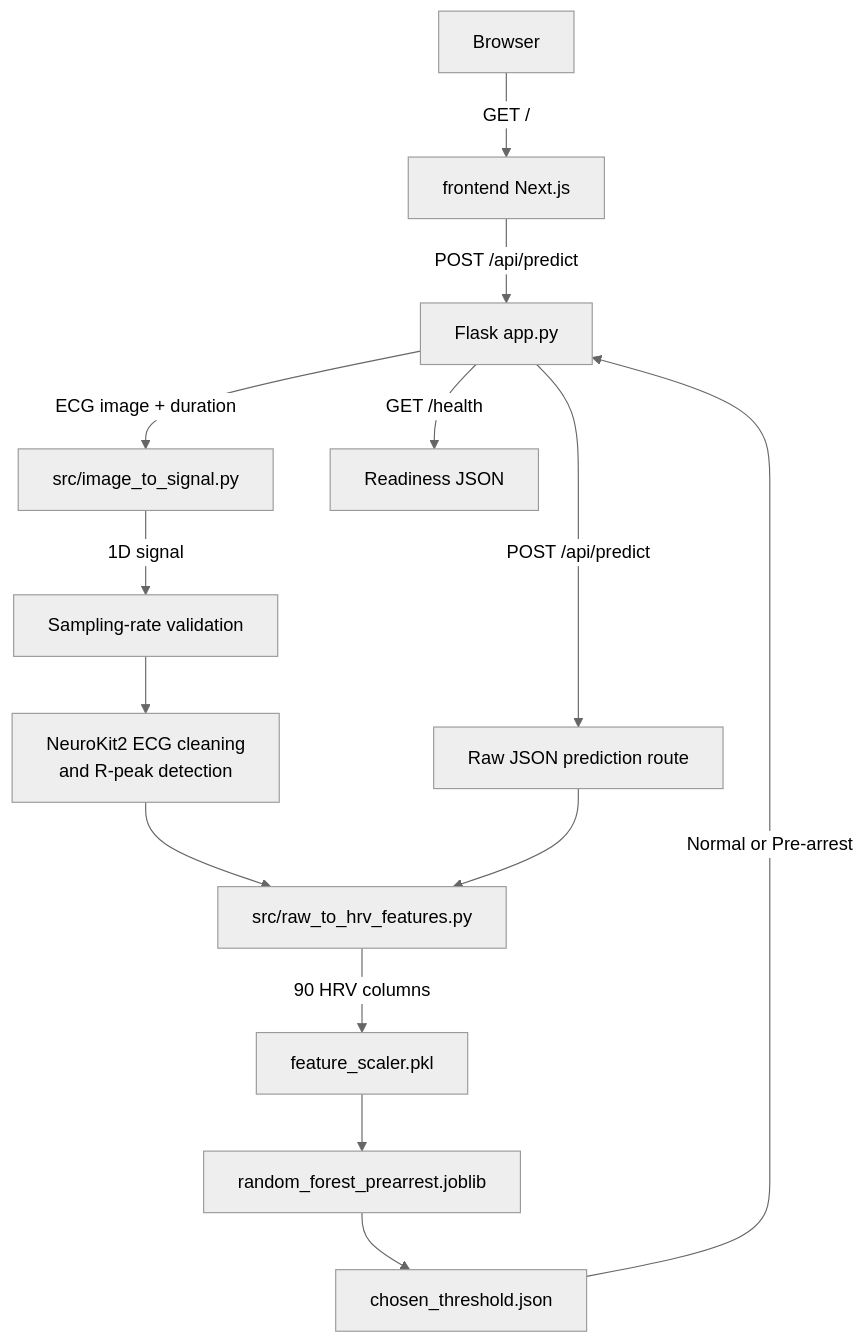
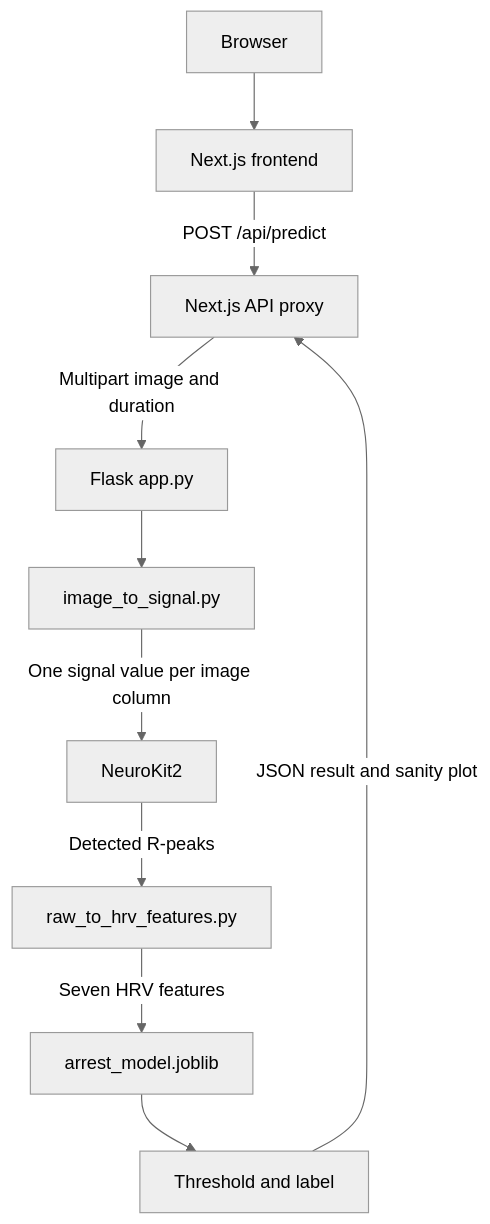
Before and after one commit to allenlobo31/Cardiac_Arrest_Prediction: the diagram in README.md, drawn with Mermaid (neutral theme). The commit also changed other lines of this file and 17 other files, not shown here.

First line of the commit message:
Refactor HRV feature extraction and model training for cardiac arrest prediction

````diff
--- a/README.md
+++ b/README.md
@@ -235,16 +23,12 @@
 ```mermaid
 flowchart TD
-  A[Browser] -->|GET /| B[frontend Next.js]
-  B -->|POST /api/predict| C[Flask app.py]
-  C -->|ECG image + duration| D[src/image_to_signal.py]
-  D -->|1D signal| E[Sampling-rate validation]
-  E --> F[NeuroKit2 ECG cleaning<br/>and R-peak detection]
-  F --> G[src/raw_to_hrv_features.py]
-  G -->|90 HRV columns| H[feature_scaler.pkl]
-  H --> I[random_forest_prearrest.joblib]
-  I --> J[chosen_threshold.json]
-  J -->|Normal or Pre-arrest| C
-  C -->|GET /health| K[Readiness JSON]
-  C -->|POST /api/predict| L[Raw JSON prediction route]
-  L --> G
+  A[Browser] --> B[Next.js frontend]
+  B -->|POST /api/predict| C[Next.js API proxy]
+  C -->|Multipart image and duration| D[Flask app.py]
+  D --> E[image_to_signal.py]
+  E -->|One signal value per image column| F[NeuroKit2]
+  F -->|Detected R-peaks| G[raw_to_hrv_features.py]
+  G -->|Seven HRV features| H[arrest_model.joblib]
+  H --> I[Threshold and label]
+  I -->|JSON result and sanity plot| C
 ```
````
